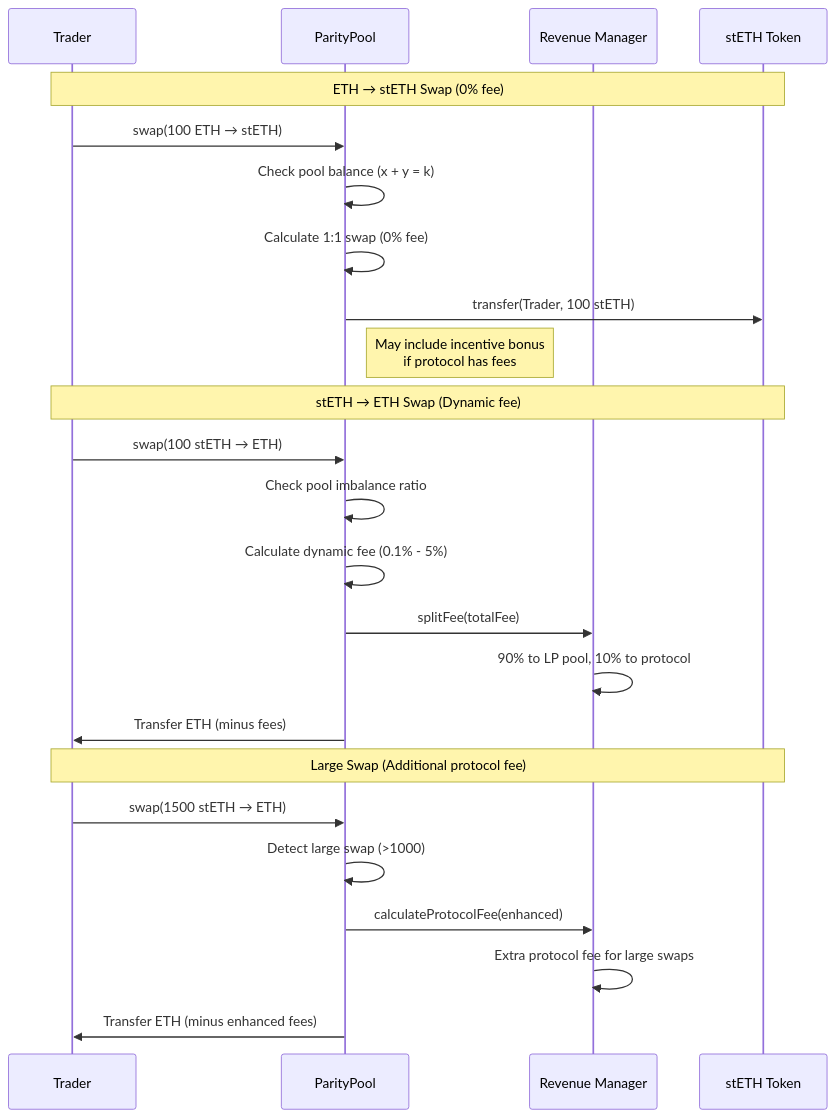
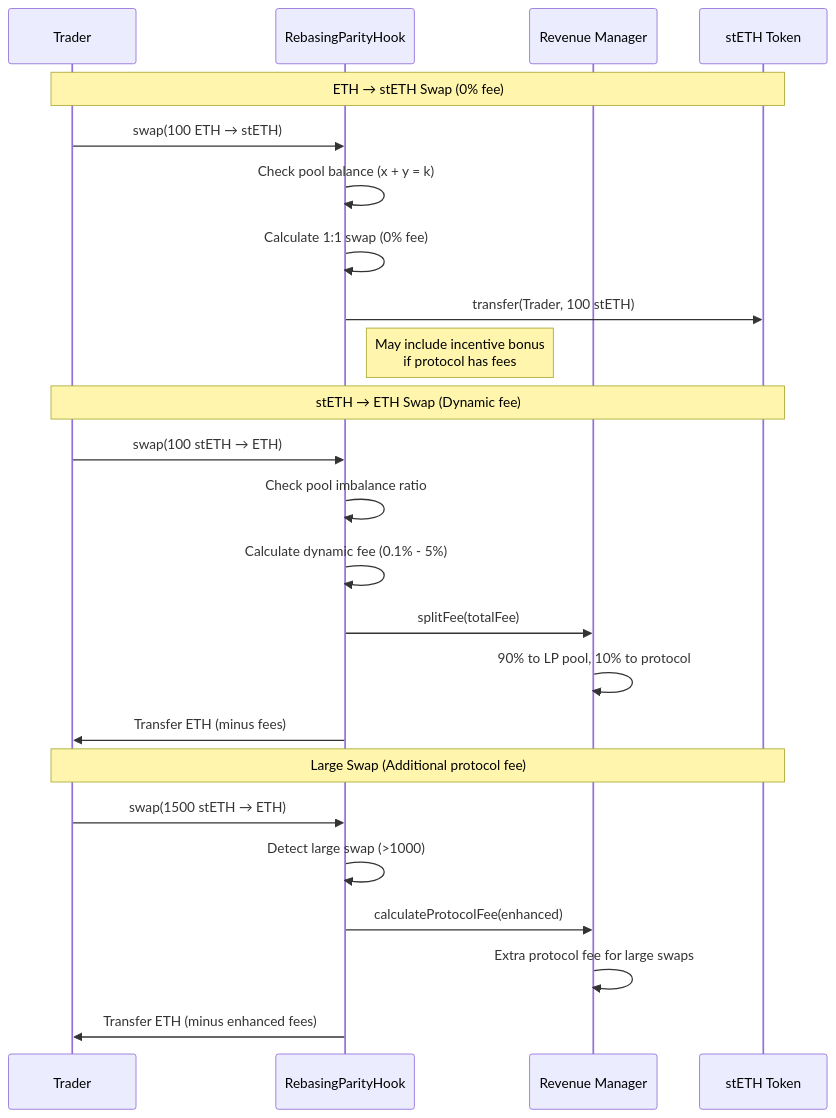
One commit to mcmoodoo/stETHer changed the third of 3 diagrams in README.md. Above: the diagram before and after it, drawn with Mermaid. The commit also changed other lines of this file and 19 other files, not shown here.

Commit message:
renamed to RebasingParityHook.sol

````diff
--- a/README.md
+++ b/README.md
@@ -93,29 +93,29 @@
 ```mermaid
 sequenceDiagram
     participant Trader as Trader
-    participant Pool as ParityPool
+    participant Pool as RebasingParityHook
     participant Revenue as Revenue Manager
     participant stETH as stETH Token
 
     Note over Trader,stETH: ETH → stETH Swap (0% fee)
     Trader->>Pool: swap(100 ETH → stETH)
     Pool->>Pool: Check pool balance (x + y = k)
     Pool->>Pool: Calculate 1:1 swap (0% fee)
     Pool->>stETH: transfer(Trader, 100 stETH)
     Note right of Pool: May include incentive bonus<br/>if protocol has fees
 
     Note over Trader,stETH: stETH → ETH Swap (Dynamic fee)
     Trader->>Pool: swap(100 stETH → ETH)
     Pool->>Pool: Check pool imbalance ratio
     Pool->>Pool: Calculate dynamic fee (0.1% - 5%)
     Pool->>Revenue: splitFee(totalFee)
     Revenue->>Revenue: 90% to LP pool, 10% to protocol
     Pool->>Trader: Transfer ETH (minus fees)
 
     Note over Trader,stETH: Large Swap (Additional protocol fee)
     Trader->>Pool: swap(1500 stETH → ETH)
     Pool->>Pool: Detect large swap (>1000)
     Pool->>Revenue: calculateProtocolFee(enhanced)
     Revenue->>Revenue: Extra protocol fee for large swaps
     Pool->>Trader: Transfer ETH (minus enhanced fees)
 ```
````
